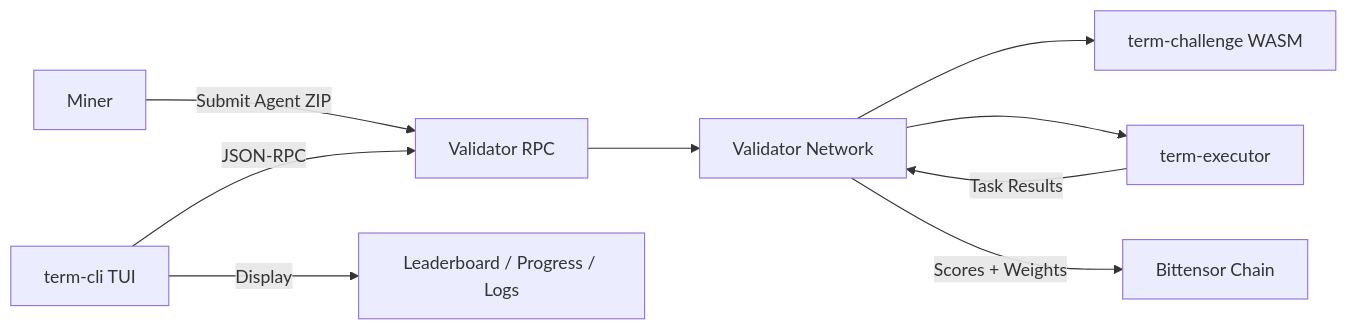
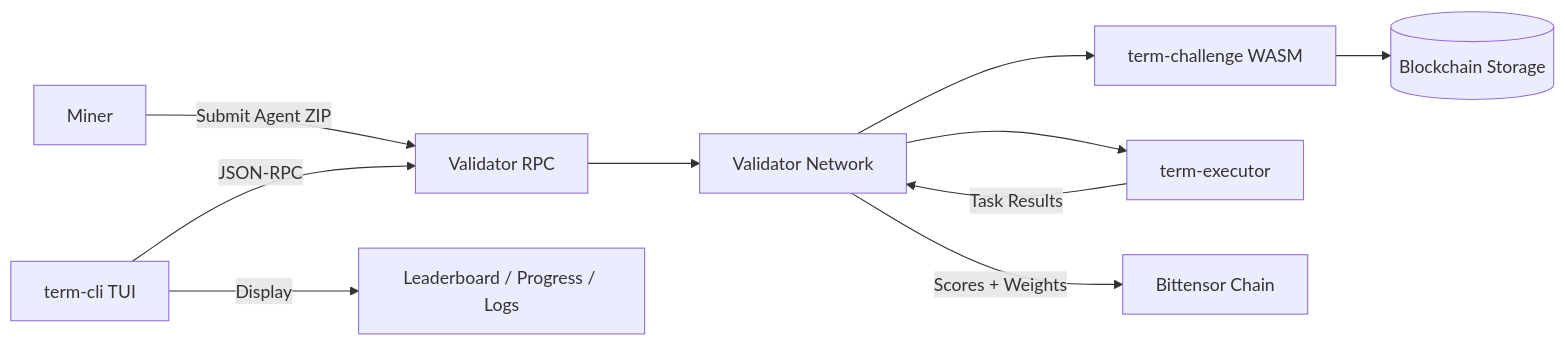
The first of 9 diagrams in README.md (PlatformNetwork/term-challenge-v2), drawn with Mermaid before and after one commit. The commit also changed other lines of this file and 13 other files, not shown here.

````diff
--- a/README.md
+++ b/README.md
@@ -20,11 +20,12 @@
 ```mermaid
 flowchart LR
     Miner[Miner] -->|Submit Agent ZIP| RPC[Validator RPC]
     RPC --> Validators[Validator Network]
     Validators --> WASM[term-challenge WASM]
+    WASM --> Storage[(Blockchain Storage)]
     Validators --> Executor[term-executor]
     Executor -->|Task Results| Validators
     Validators -->|Scores + Weights| BT[Bittensor Chain]
     CLI[term-cli TUI] -->|JSON-RPC| RPC
     CLI -->|Display| Monitor[Leaderboard / Progress / Logs]
 ```
````
